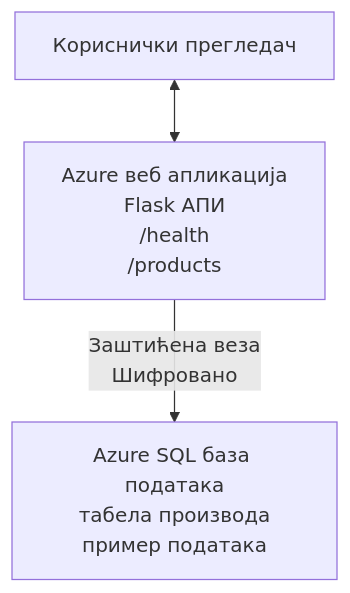
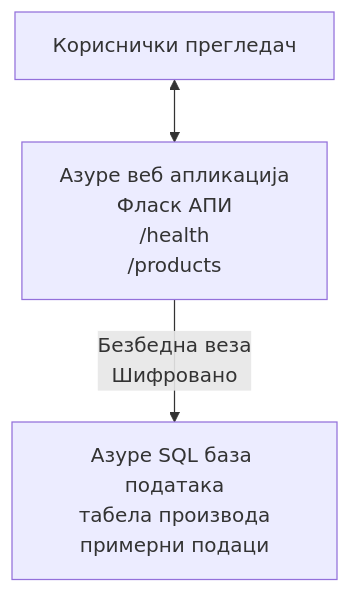
The diagram in translations/sr/examples/database-app/README.md (microsoft/AZD-for-beginners), drawn with Mermaid before and after one commit. The commit also changed other lines of this file and 101 other files, not shown here.

````diff
--- a/translations/sr/examples/database-app/README.md
+++ b/translations/sr/examples/database-app/README.md
@@ -72,5 +72,5 @@
 ```mermaid
 graph TD
-    Browser[Кориснички прегледач] <--> WebApp[Azure веб апликација<br/>Flask АПИ<br/>/health<br/>/products]
-    WebApp -- Заштићена веза<br/>Шифровано --> SQL[Azure SQL база података<br/>табела производа<br/>пример података]
+    Browser[Кориснички прегледач] <--> WebApp[Азуре веб апликација<br/>Фласк АПИ<br/>/health<br/>/products]
+    WebApp -- Безбедна веза<br/>Шифровано --> SQL[Азуре SQL база података<br/>табела производа<br/>примерни подаци]
 ```
````
